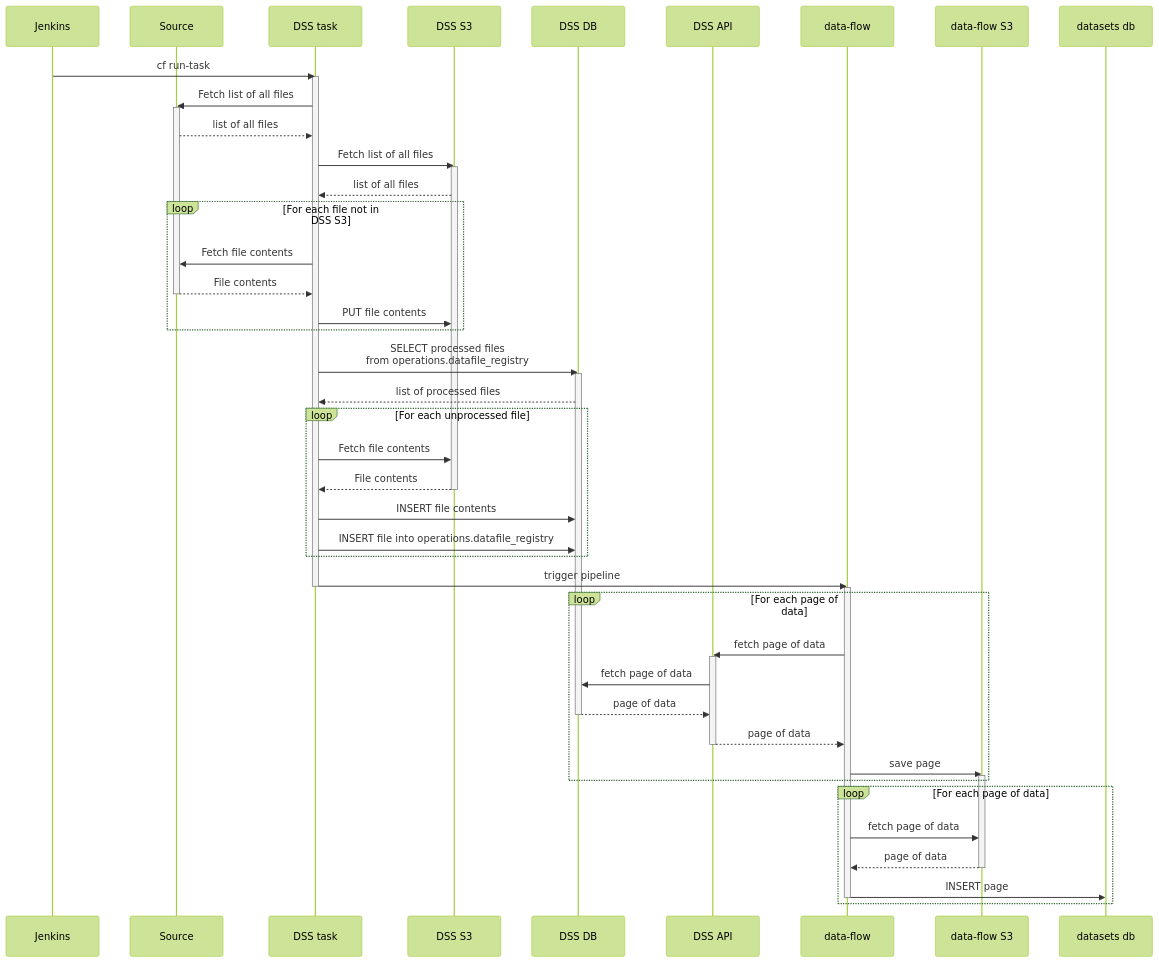
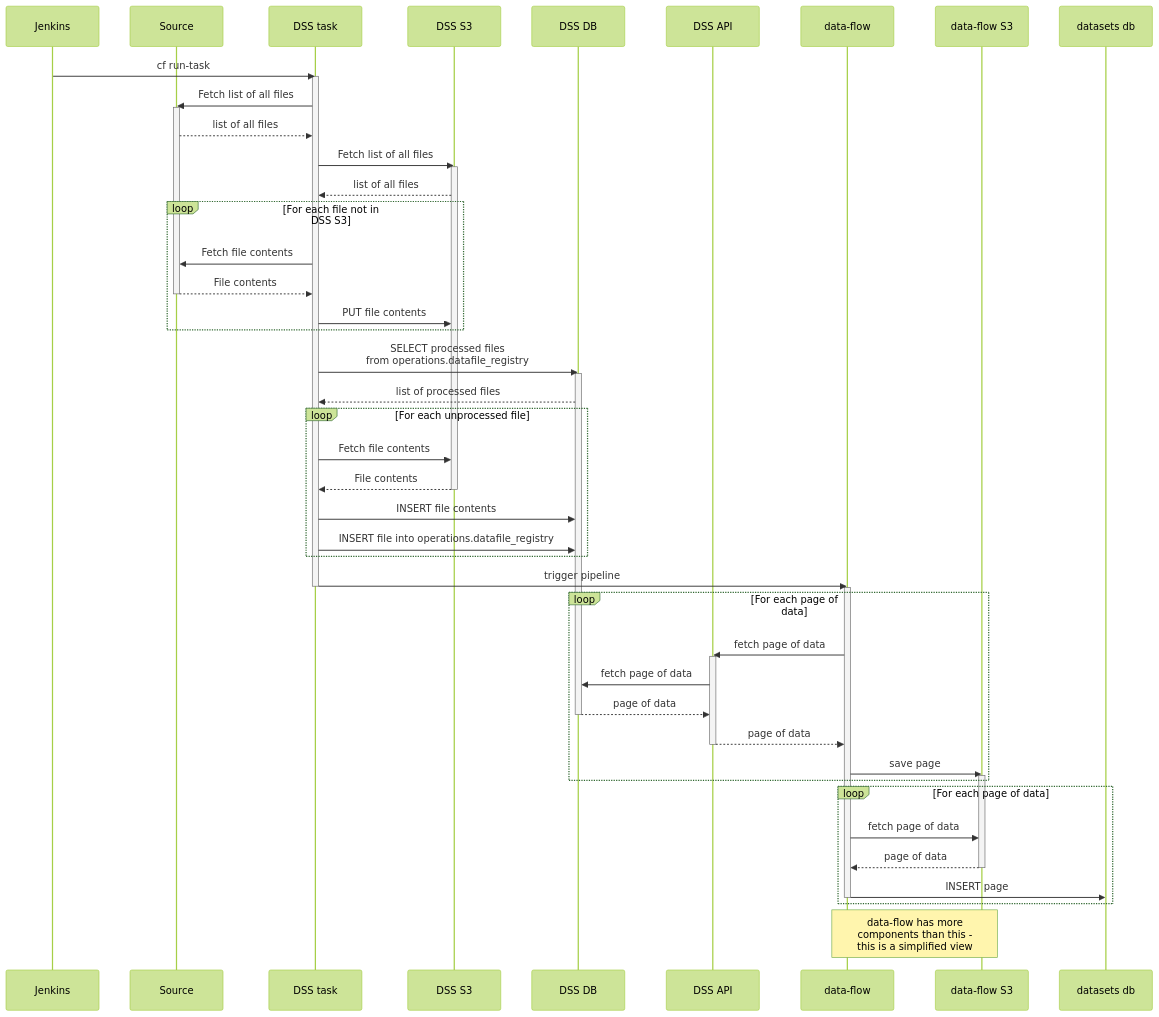
One commit to uktrade/data-store-service changed the diagram in README.md. Above: the diagram before and after it, drawn with Mermaid (forest theme).

Commit message:
docs: explain data-flow is more complex than how presented

````diff
--- a/README.md
+++ b/README.md
@@ -10,61 +10,63 @@
 ```mermaid
 sequenceDiagram
     participant Jenkins
     participant Source
     participant DSS task
     participant DSS S3
     participant DSS DB
     participant DSS API
 
     Jenkins ->> DSS task: cf run-task
     activate DSS task
 
     DSS task ->> Source: Fetch list of all files
     activate Source
     Source -->> DSS task: list of all files
     DSS task ->> DSS S3: Fetch list of all files
     activate DSS S3
     DSS S3 -->> DSS task: list of all files
     loop For each file not in DSS S3
       DSS task ->> Source: Fetch file contents
       Source -->> DSS task: File contents
       deactivate Source
       DSS task ->> DSS S3: PUT file contents
     end
 
     DSS task ->> DSS DB: SELECT processed files <br>from operations.datafile_registry
     activate DSS DB
     DSS DB -->> DSS task: list of processed files
 
     loop For each unprocessed file
       DSS task ->> DSS S3: Fetch file contents
       DSS S3 -->> DSS task: File contents
       deactivate DSS S3
       DSS task ->> DSS DB: INSERT file contents
       DSS task ->> DSS DB: INSERT file into operations.datafile_registry
     end
 
     DSS task ->> data-flow: trigger pipeline
     deactivate DSS task
     activate data-flow
 
     loop For each page of data
        data-flow ->> DSS API: fetch page of data
        activate DSS API
        DSS API ->> DSS DB: fetch page of data
        DSS DB -->> DSS API: page of data
        deactivate DSS DB
        DSS API -->> data-flow: page of data
        deactivate DSS API
        data-flow ->> data-flow S3: save page
        activate data-flow S3
     end
 
     loop For each page of data
        data-flow ->> data-flow S3: fetch page of data
        data-flow S3 -->> data-flow: page of data
        deactivate data-flow S3
        data-flow ->> datasets db: INSERT page
        deactivate data-flow
     end
+
+    Note over data-flow, data-flow S3: data-flow has more<br>components than this - <br>this is a simplified view
 ```
````
